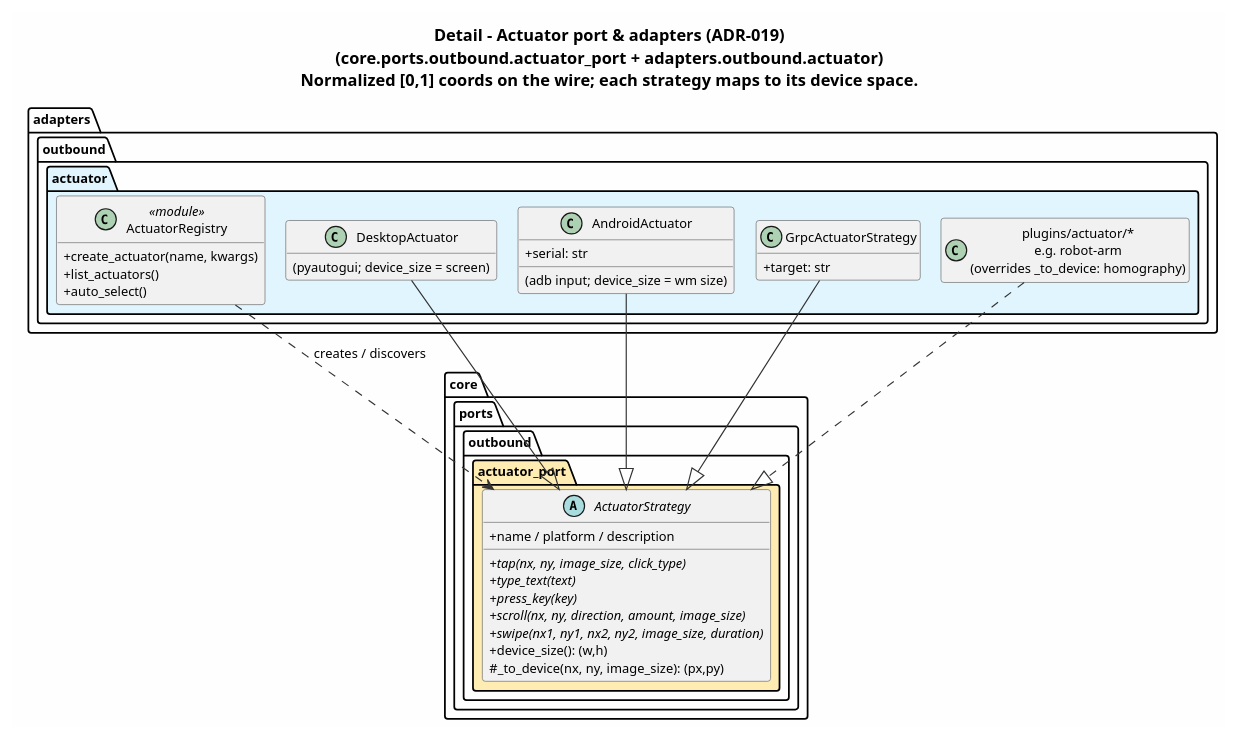
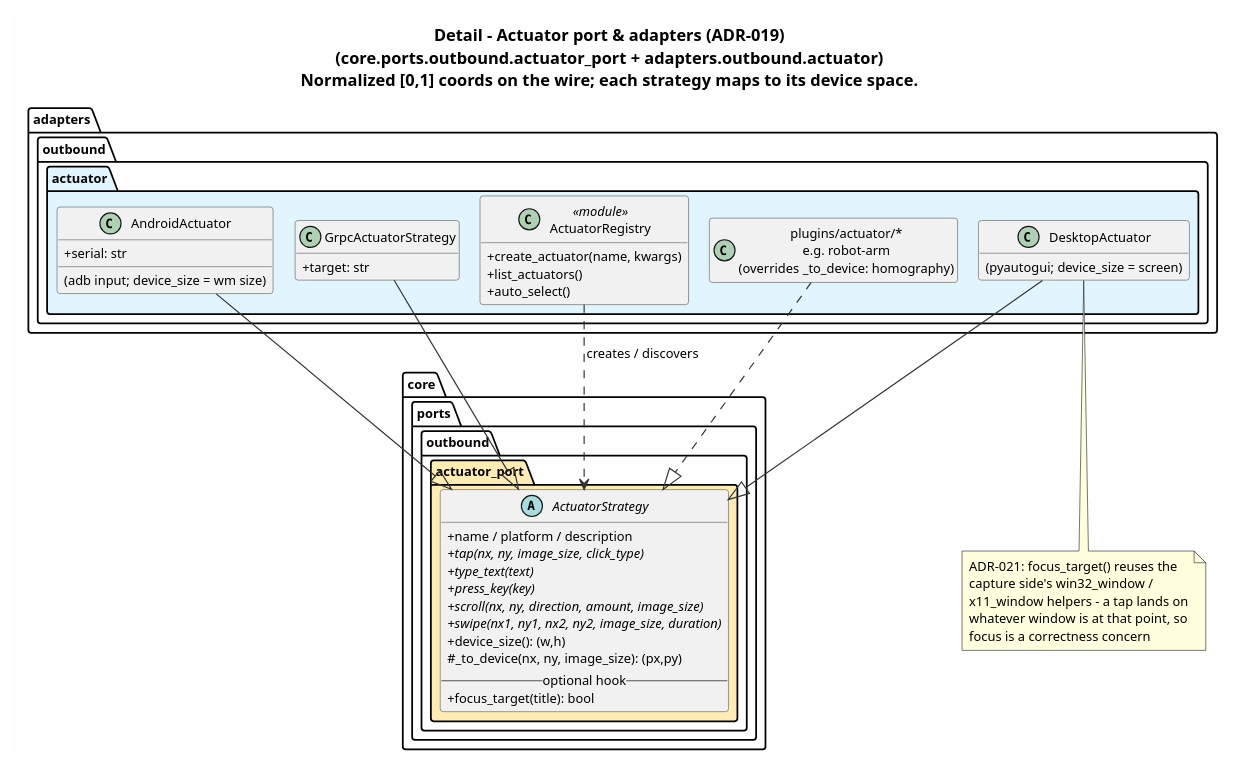
Before and after one commit to milanac030988/vizdom: the diagram in docs/diagrams/class_actuator.puml, drawn with PlantUML. The commit also changed 18 other files, not shown here.

First line of the commit message:
docs: ADR-021 + revisions 011/017/024, guides, diagrams, reports, deck

```diff
--- a/docs/diagrams/class_actuator.puml
+++ b/docs/diagrams/class_actuator.puml
@@ -1,55 +1,65 @@
 @startuml Class_Actuator
 !pragma layout smetana
 top to bottom direction
 skinparam backgroundColor #FEFEFE
 skinparam defaultFontName Arial
 skinparam defaultFontSize 11
 skinparam classAttributeIconSize 0
 skinparam nodesep 16
 skinparam ranksep 34
 skinparam class {
     BorderColor #555555
     ArrowColor #333333
 }
 hide empty members
 
 title Detail - Actuator port & adapters (ADR-019)\n(core.ports.outbound.actuator_port + adapters.outbound.actuator)\nNormalized [0,1] coords on the wire; each strategy maps to its device space.
 
 package "core.ports.outbound.actuator_port" #FFECB3 {
     abstract class ActuatorStrategy {
         +name / platform / description
         +{abstract} tap(nx, ny, image_size, click_type)
         +{abstract} type_text(text)
         +{abstract} press_key(key)
         +{abstract} scroll(nx, ny, direction, amount, image_size)
         +{abstract} swipe(nx1, ny1, nx2, ny2, image_size, duration)
         +device_size(): (w,h)
         #_to_device(nx, ny, image_size): (px,py)
+        --optional hook--
+        +focus_target(title): bool
     }
 }
 
 package "adapters.outbound.actuator" #E1F5FE {
     class ActuatorRegistry <<module>> {
         +create_actuator(name, kwargs)
         +list_actuators()
         +auto_select()
     }
     class DesktopActuator {
         (pyautogui; device_size = screen)
     }
     class AndroidActuator {
         +serial: str
         (adb input; device_size = wm size)
     }
     class GrpcActuatorStrategy {
         +target: str
     }
     class "plugins/actuator/*\ne.g. robot-arm\n(overrides _to_device: homography)" as ActPlugins
 }
 
 DesktopActuator --|> ActuatorStrategy
 AndroidActuator --|> ActuatorStrategy
 GrpcActuatorStrategy --|> ActuatorStrategy
 ActPlugins ..|> ActuatorStrategy
 ActuatorRegistry ..> ActuatorStrategy : creates / discovers
+
+note bottom of DesktopActuator
+  ADR-021: focus_target() reuses the
+  capture side's win32_window /
+  x11_window helpers - a tap lands on
+  whatever window is at that point, so
+  focus is a correctness concern
+end note
 @enduml
```
